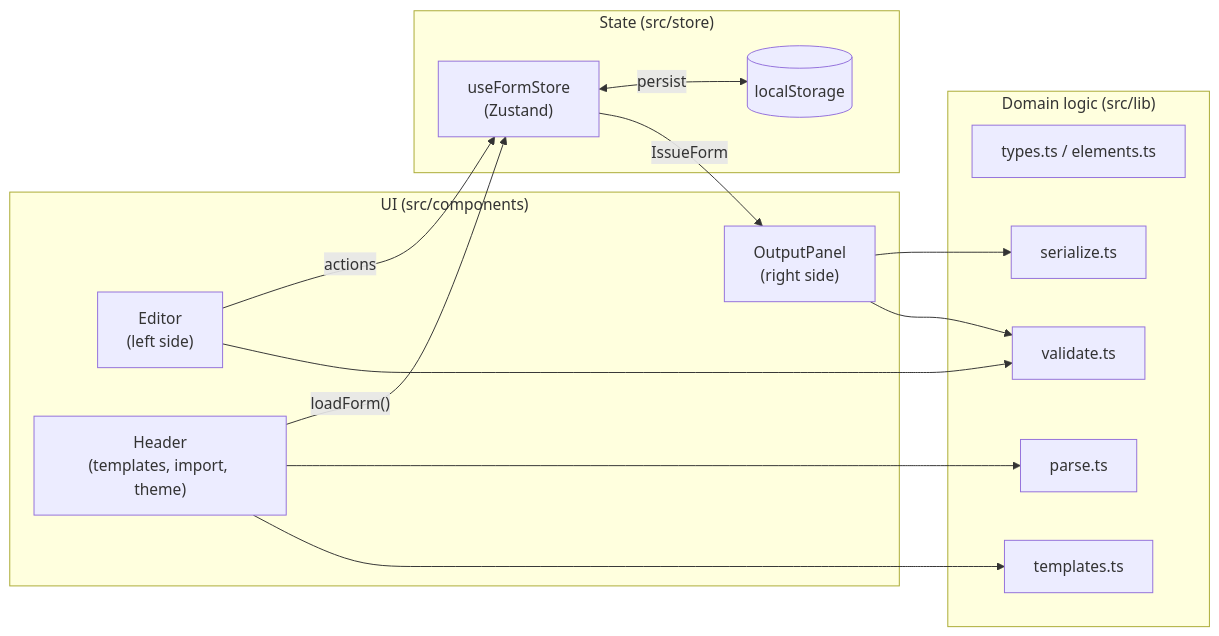
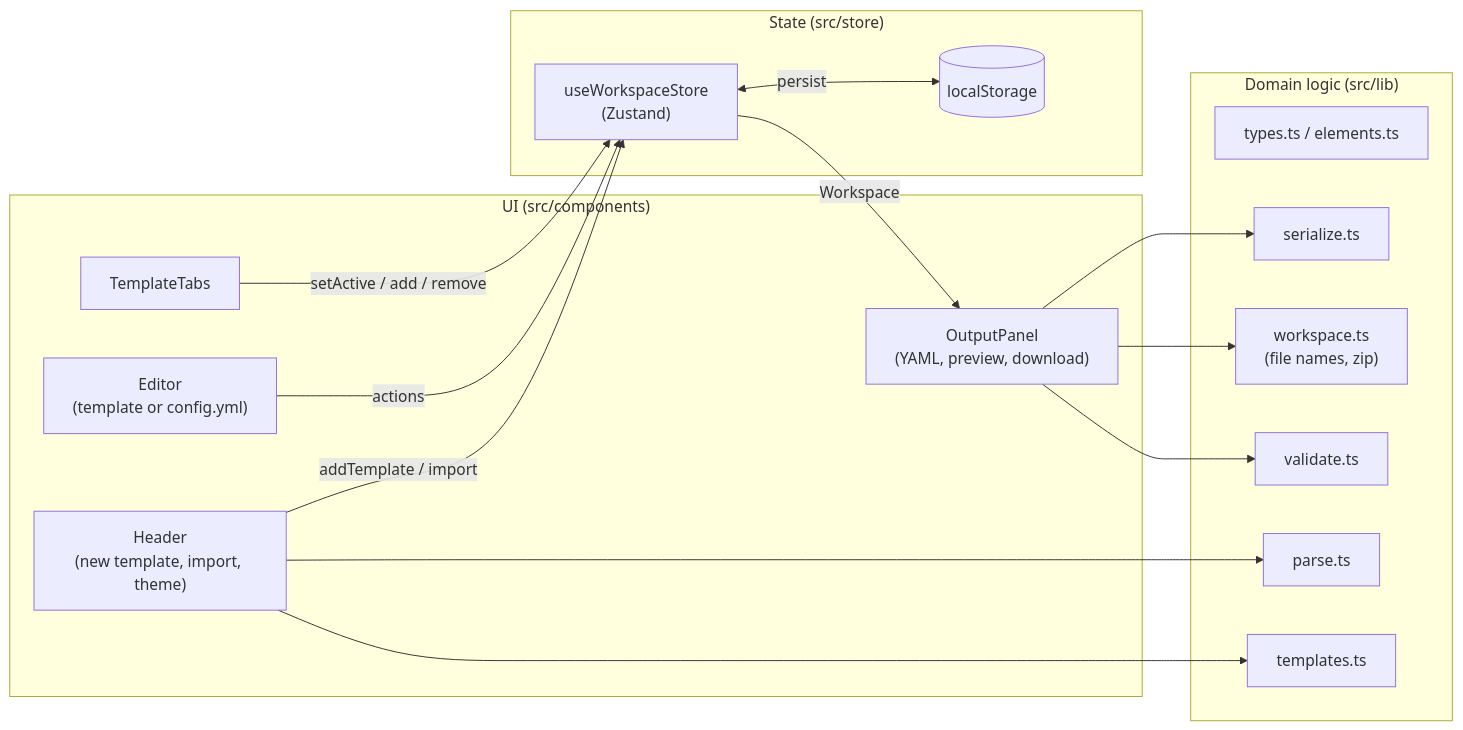
The diagram in docs/architecture.md (ByteLuka/Issue-Form-Generator), drawn with Mermaid before and after one commit. The commit also changed other lines of this file and 8 other files, not shown here.

Commit message:
docs: document workspace, config.yml and testing; remove implementation plan

````diff
--- a/docs/architecture.md
+++ b/docs/architecture.md
@@ -8,29 +11,32 @@
 ```mermaid
 flowchart LR
   subgraph UI["UI (src/components)"]
-    Editor["Editor<br/>(left side)"]
-    Output["OutputPanel<br/>(right side)"]
-    Header["Header<br/>(templates, import, theme)"]
+    Tabs["TemplateTabs"]
+    Editor["Editor<br/>(template or config.yml)"]
+    Output["OutputPanel<br/>(YAML, preview, download)"]
+    Header["Header<br/>(new template, import, theme)"]
   end
   subgraph State["State (src/store)"]
-    Store["useFormStore<br/>(Zustand)"]
+    Store["useWorkspaceStore<br/>(Zustand)"]
     LS[("localStorage")]
   end
   subgraph Lib["Domain logic (src/lib)"]
     Model["types.ts / elements.ts"]
+    WS["workspace.ts<br/>(file names, zip)"]
     Ser["serialize.ts"]
     Parse["parse.ts"]
     Val["validate.ts"]
     Tpl["templates.ts"]
   end
 
+  Tabs -- "setActive / add / remove" --> Store
   Editor -- "actions" --> Store
-  Header -- "loadForm()" --> Store
+  Header -- "addTemplate / import" --> Store
   Store <-- "persist" --> LS
-  Store -- "IssueForm" --> Output
+  Store -- "Workspace" --> Output
   Output --> Ser
+  Output --> WS
   Output --> Val
-  Editor --> Val
   Header --> Parse
   Header --> Tpl
 ```
````
